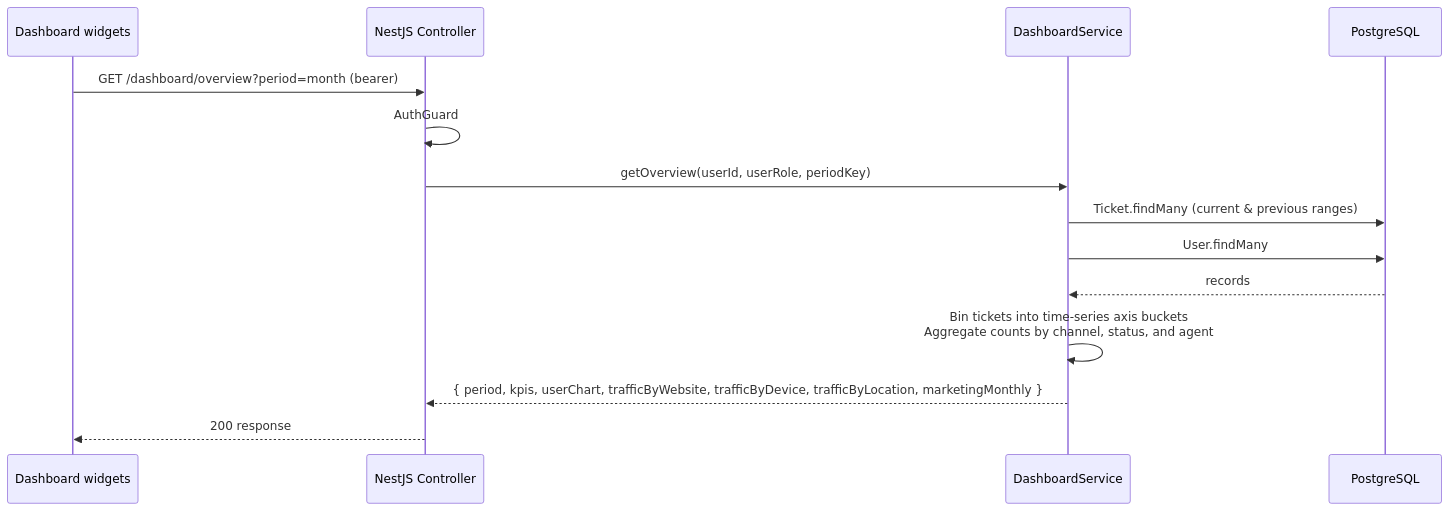
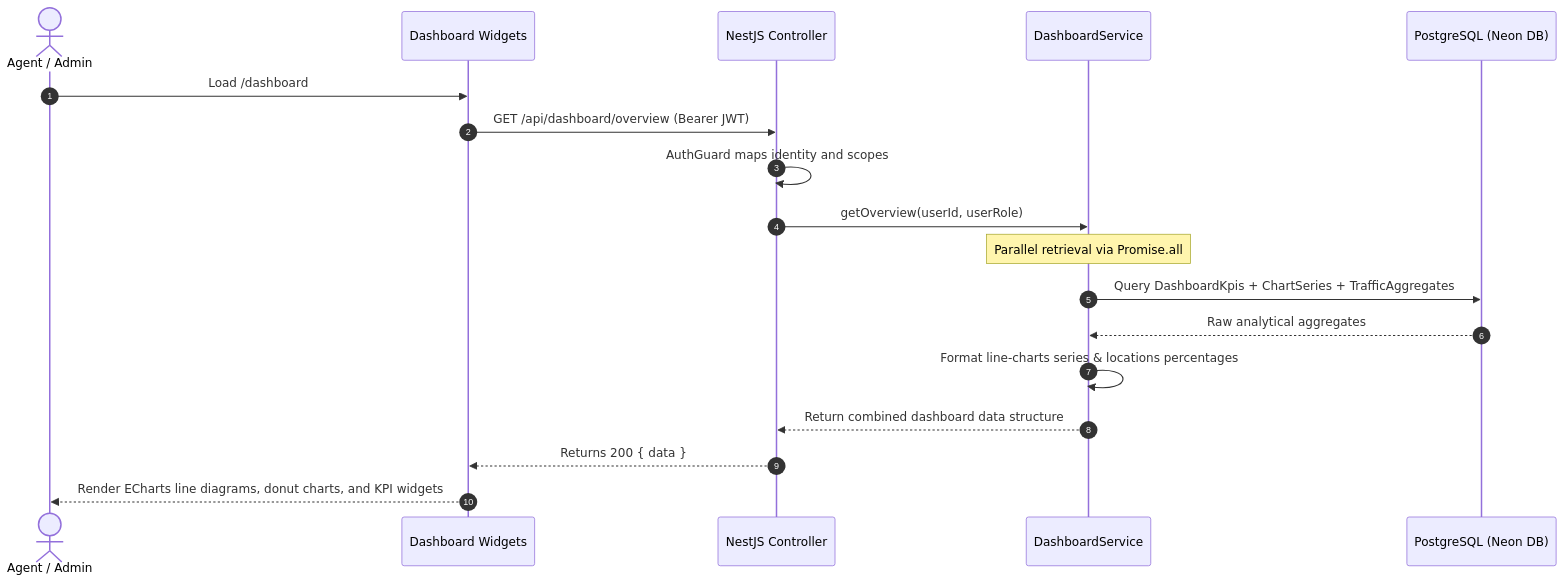
The fifth of 6 diagrams in ARCHITECTURE.md (aaditya09750/Tixora), drawn with Mermaid before and after one commit. The commit also changed other lines of this file and 5 other files, not shown here.

````diff
--- a/ARCHITECTURE.md
+++ b/ARCHITECTURE.md
@@ -125,17 +165,21 @@
 ```mermaid
 sequenceDiagram
-  participant UI as Dashboard widgets
+  autonumber
+  actor Agent as Agent / Admin
+  participant SPA as Dashboard Widgets
   participant API as NestJS Controller
   participant SVC as DashboardService
-  participant DB as PostgreSQL
+  participant DB as PostgreSQL (Neon DB)
 
-  UI->>API: GET /dashboard/overview?period=month (bearer)
-  API->>API: AuthGuard
-  API->>SVC: getOverview(userId, userRole, periodKey)
-  SVC->>DB: Ticket.findMany (current & previous ranges)
-  SVC->>DB: User.findMany
-  DB-->>SVC: records
-  SVC->>SVC: Bin tickets into time-series axis buckets<br/>Aggregate counts by channel, status, and agent
-  SVC-->>API: { period, kpis, userChart, trafficByWebsite, trafficByDevice, trafficByLocation, marketingMonthly }
-  API-->>UI: 200 response
+  Agent->>SPA: Load /dashboard
+  SPA->>API: GET /api/dashboard/overview (Bearer JWT)
+  API->>API: AuthGuard maps identity and scopes
+  API->>SVC: getOverview(userId, userRole)
+  Note over SVC: Parallel retrieval via Promise.all
+  SVC->>DB: Query DashboardKpis + ChartSeries + TrafficAggregates
+  DB-->>SVC: Raw analytical aggregates
+  SVC->>SVC: Format line-charts series & locations percentages
+  SVC-->>API: Return combined dashboard data structure
+  API-->>SPA: Returns 200 { data }
+  SPA-->>Agent: Render ECharts line diagrams, donut charts, and KPI widgets
 ```
````
